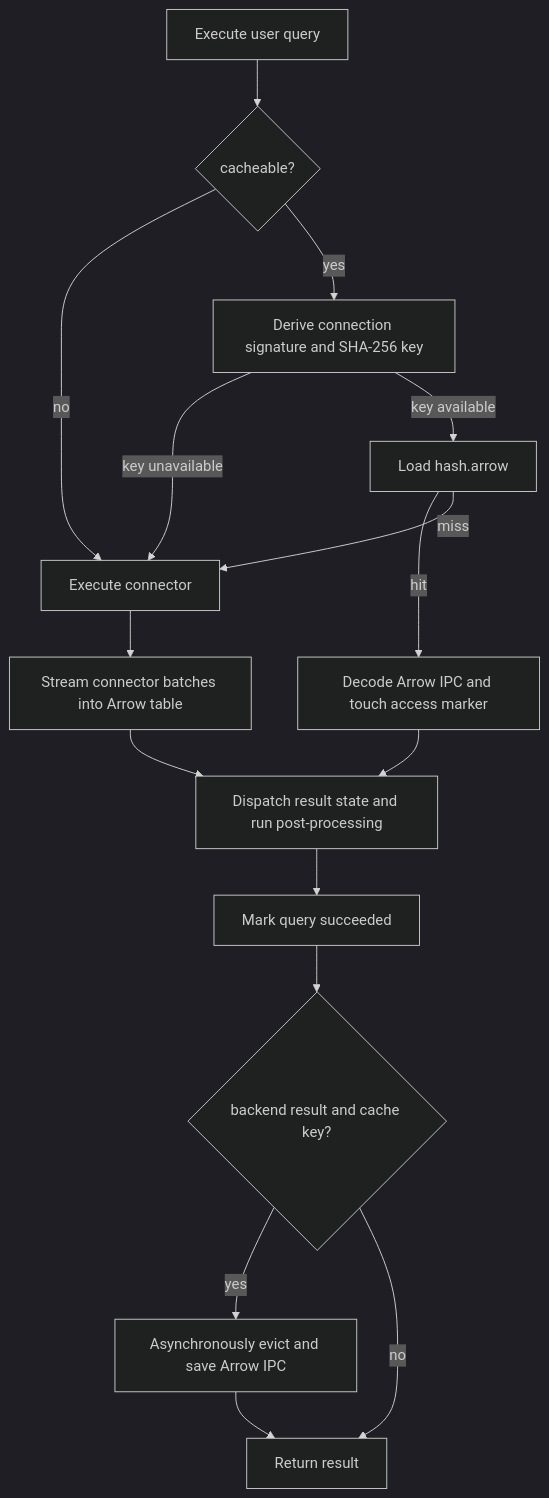
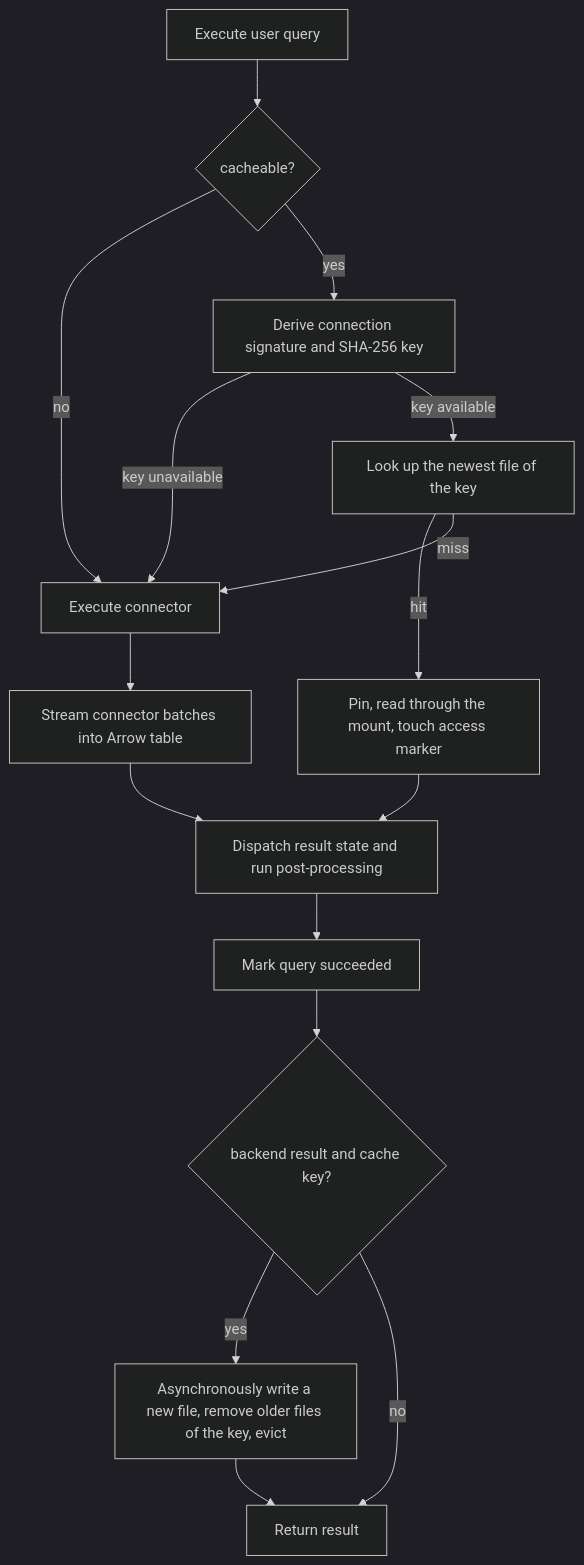
The diagram in docs/design/query_cache.md (ankoh/dashql), drawn with Mermaid (dark theme) before and after one commit. The commit also changed other lines of this file and 123 other files, not shown here.

````diff
--- a/docs/design/query_cache.md
+++ b/docs/design/query_cache.md
@@ -54,18 +89,18 @@
 ```mermaid
 flowchart TD
     A[Execute user query] --> B{cacheable?}
     B -- no --> F[Execute connector]
     B -- yes --> C[Derive connection signature and SHA-256 key]
     C -- key unavailable --> F
-    C -- key available --> D[Load hash.arrow]
-    D -- hit --> E[Decode Arrow IPC and touch access marker]
+    C -- key available --> D[Look up the newest file of the key]
+    D -- hit --> E[Pin, read through the mount, touch access marker]
     D -- miss --> F
     E --> G[Dispatch result state and run post-processing]
     F --> H[Stream connector batches into Arrow table]
     H --> G
     G --> I[Mark query succeeded]
     I --> J{backend result and cache key?}
-    J -- yes --> K[Asynchronously evict and save Arrow IPC]
+    J -- yes --> K[Asynchronously write a new file, remove older files of the key, evict]
     J -- no --> L[Return result]
     K --> L
 ```
````
